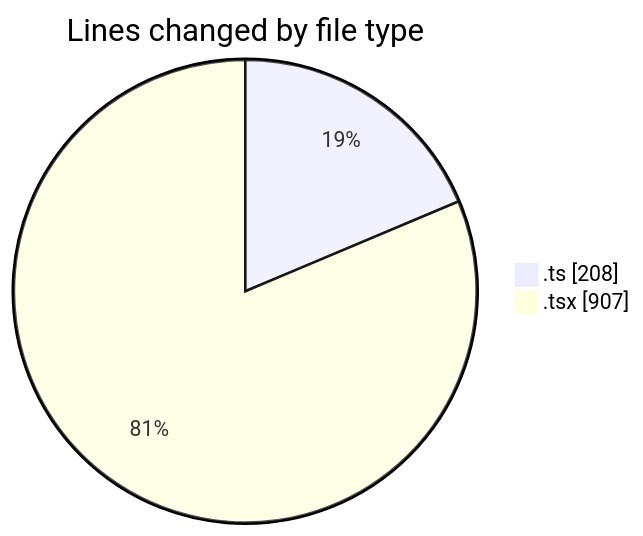
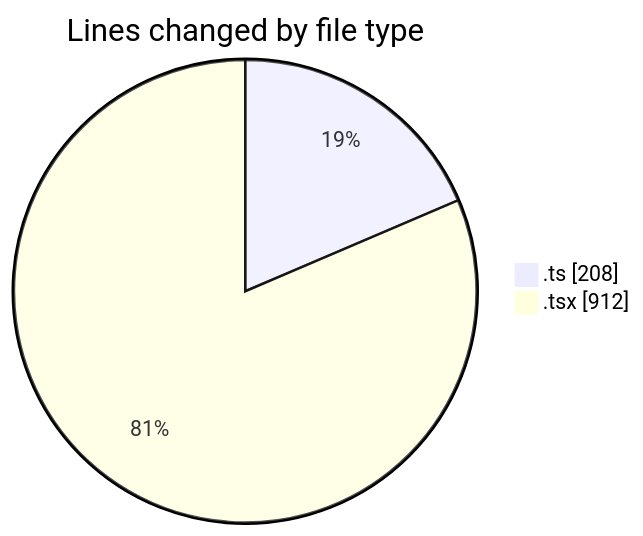
The first of 2 diagrams in 2025-01-27/termonied-web/README.md (robertbonfada/code-tracking), drawn with Mermaid before and after one commit. The commit also changed other lines of this file and 1 other file, not shown here.

````diff
--- a/2025-01-27/termonied-web/README.md
+++ b/2025-01-27/termonied-web/README.md
@@ -25,6 +25,6 @@
 ```mermaid
 pie showData
 title Lines changed by file type
 ".ts" : 208
-".tsx" : 907
+".tsx" : 912
 ```
````
